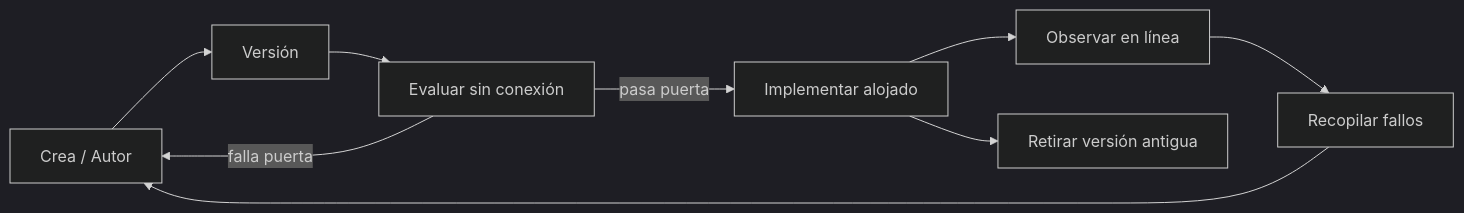
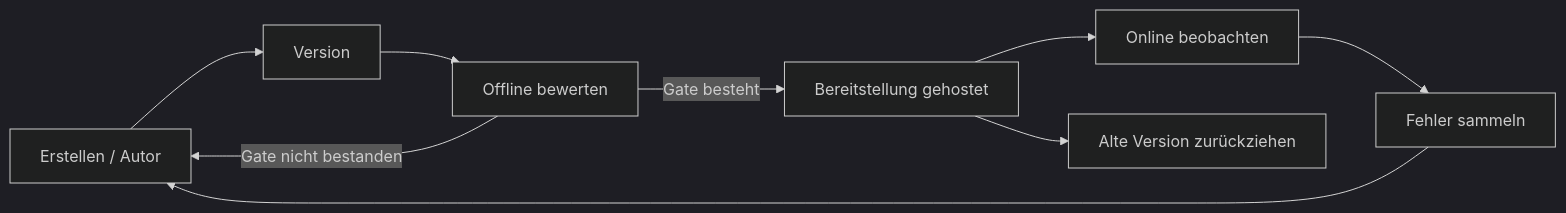
One commit to gabrielmoreira/agent-skills-mirror changed the second of 4 diagrams in mirrors/repos/microsoft@ai-agents-for-beginners/translations/en/16-deploying-scalable-agents/README.md. Above: the diagram before and after it, drawn with Mermaid (dark theme). The commit also changed other lines of this file and 5918 other files, not shown here.

````diff
--- a/mirrors/repos/microsoft@ai-agents-for-beginners/translations/en/16-deploying-scalable-agents/README.md
+++ b/mirrors/repos/microsoft@ai-agents-for-beginners/translations/en/16-deploying-scalable-agents/README.md
@@ -108,11 +108,11 @@
 ```mermaid
 flowchart LR
-    Create[Crea / Autor] --> Version[Versión]
-    Version --> Evaluate[Evaluar sin conexión]
-    Evaluate -->|pasa puerta| Deploy[Implementar alojado]
-    Evaluate -->|falla puerta| Create
-    Deploy --> Observe[Observar en línea]
-    Observe --> Improve[Recopilar fallos]
+    Create[Erstellen / Autor] --> Version[Version]
+    Version --> Evaluate[Offline bewerten]
+    Evaluate -->|Gate besteht| Deploy[Bereitstellung gehostet]
+    Evaluate -->|Gate nicht bestanden| Create
+    Deploy --> Observe[Online beobachten]
+    Observe --> Improve[Fehler sammeln]
     Improve --> Create
-    Deploy --> Retire[Retirar versión antigua]
+    Deploy --> Retire[Alte Version zurückziehen]
 ```
````
